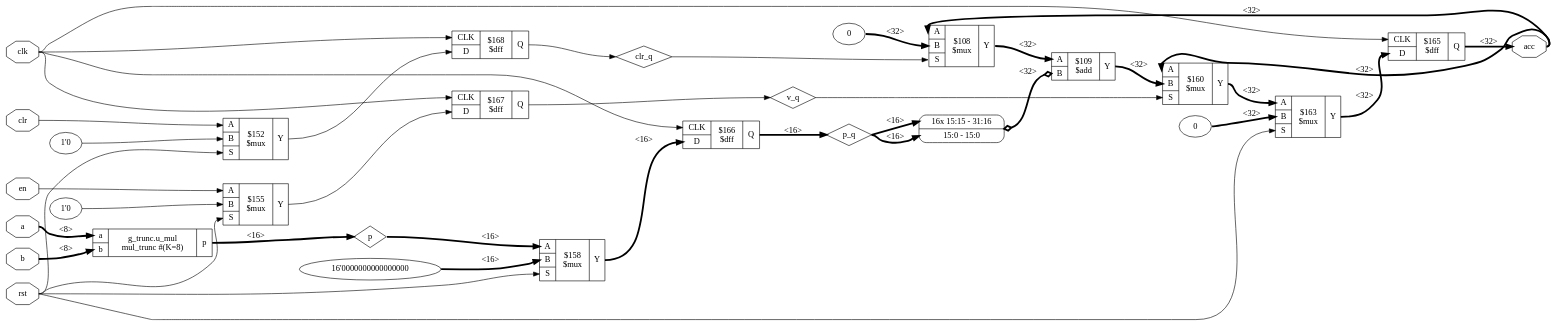
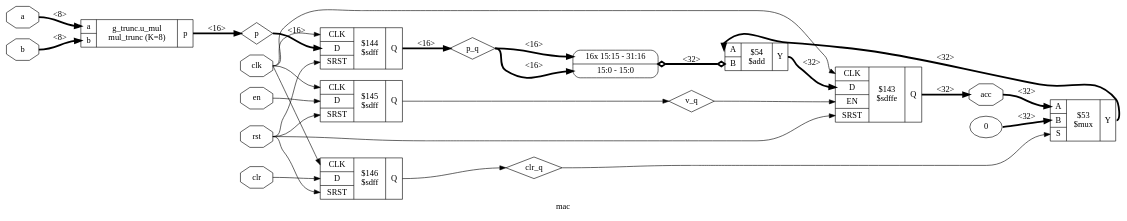
Before and after one commit to GitCodingMates/approx-mac-dnn: the diagram in results/synth/mac_schematic.dot, drawn with Graphviz. The commit also changed 2 other files, not shown here.

Commit message:
Regenerate MAC schematic after flip-flop optimization

```diff
--- a/results/synth/mac_schematic.dot
+++ b/results/synth/mac_schematic.dot
@@ -1,72 +1,52 @@
 digraph "mac" {
+label="mac";
 rankdir="LR";
 remincross=true;
-n8 [ shape=octagon, label="a", color="black", fontcolor="black"];
-n9 [ shape=octagon, label="acc", color="black", fontcolor="black"];
-n10 [ shape=octagon, label="b", color="black", fontcolor="black"];
-n11 [ shape=octagon, label="clk", color="black", fontcolor="black"];
-n12 [ shape=octagon, label="clr", color="black", fontcolor="black"];
-n13 [ shape=diamond, label="clr_q", color="black", fontcolor="black"];
-n14 [ shape=octagon, label="en", color="black", fontcolor="black"];
-n15 [ shape=diamond, label="p", color="black", fontcolor="black"];
-n16 [ shape=diamond, label="p_q", color="black", fontcolor="black"];
-n17 [ shape=octagon, label="rst", color="black", fontcolor="black"];
-n18 [ shape=diamond, label="v_q", color="black", fontcolor="black"];
-{ rank="source"; n10; n11; n12; n14; n17; n8;}
-{ rank="sink"; n9;}
-c22 [ shape=record, label="{{<p19> A|<p20> B}|$109\n$add|{<p21> Y}}",  ];
-x0 [ shape=record, style=rounded, label="<s16> 16x 15:15 - 31:16 |<s0> 15:0 - 15:0 ", color="black", fontcolor="black" ];
-x0:e -> c22:p20:w [arrowhead=odiamond, arrowtail=odiamond, dir=both, color="black", fontcolor="black", style="setlinewidth(3)", label="<32>"];
-c26 [ shape=record, label="{{<p23> CLK|<p24> D}|$165\n$dff|{<p25> Q}}",  ];
-c27 [ shape=record, label="{{<p23> CLK|<p24> D}|$166\n$dff|{<p25> Q}}",  ];
-c28 [ shape=record, label="{{<p23> CLK|<p24> D}|$167\n$dff|{<p25> Q}}",  ];
-c29 [ shape=record, label="{{<p23> CLK|<p24> D}|$168\n$dff|{<p25> Q}}",  ];
-v1 [ label="1'0" ];
-c31 [ shape=record, label="{{<p19> A|<p20> B|<p30> S}|$152\n$mux|{<p21> Y}}",  ];
-v2 [ label="1'0" ];
-c32 [ shape=record, label="{{<p19> A|<p20> B|<p30> S}|$155\n$mux|{<p21> Y}}",  ];
-v3 [ label="16'0000000000000000" ];
-c33 [ shape=record, label="{{<p19> A|<p20> B|<p30> S}|$158\n$mux|{<p21> Y}}",  ];
-c34 [ shape=record, label="{{<p19> A|<p20> B|<p30> S}|$160\n$mux|{<p21> Y}}",  ];
-v4 [ label="0" ];
-c35 [ shape=record, label="{{<p19> A|<p20> B|<p30> S}|$163\n$mux|{<p21> Y}}",  ];
-v5 [ label="0" ];
-c36 [ shape=record, label="{{<p19> A|<p20> B|<p30> S}|$108\n$mux|{<p21> Y}}",  ];
-c37 [ shape=record, label="{{<p8> a|<p10> b}|g_trunc.u_mul\nmul_trunc #(K=8)|{<p15> p}}",  ];
-c35:p21:e -> c26:p24:w [color="black", fontcolor="black", style="setlinewidth(3)", label="<32>"];
-n10:e -> c37:p10:w [color="black", fontcolor="black", style="setlinewidth(3)", label="<8>"];
-n11:e -> c26:p23:w [color="black", fontcolor="black", label=""];
-n11:e -> c27:p23:w [color="black", fontcolor="black", label=""];
-n11:e -> c28:p23:w [color="black", fontcolor="black", label=""];
-n11:e -> c29:p23:w [color="black", fontcolor="black", label=""];
-n12:e -> c31:p19:w [color="black", fontcolor="black", label=""];
-c29:p25:e -> n13:w [color="black", fontcolor="black", label=""];
-n13:e -> c36:p30:w [color="black", fontcolor="black", label=""];
-n14:e -> c32:p19:w [color="black", fontcolor="black", label=""];
-c37:p15:e -> n15:w [color="black", fontcolor="black", style="setlinewidth(3)", label="<16>"];
-n15:e -> c33:p19:w [color="black", fontcolor="black", style="setlinewidth(3)", label="<16>"];
-c27:p25:e -> n16:w [color="black", fontcolor="black", style="setlinewidth(3)", label="<16>"];
-n16:e -> x0:s0:w [color="black", fontcolor="black", style="setlinewidth(3)", label="<16>"];
-n16:e -> x0:s16:w [color="black", fontcolor="black", style="setlinewidth(3)", label="<16>"];
-n17:e -> c31:p30:w [color="black", fontcolor="black", label=""];
-n17:e -> c32:p30:w [color="black", fontcolor="black", label=""];
-n17:e -> c33:p30:w [color="black", fontcolor="black", label=""];
-n17:e -> c35:p30:w [color="black", fontcolor="black", label=""];
-c28:p25:e -> n18:w [color="black", fontcolor="black", label=""];
-n18:e -> c34:p30:w [color="black", fontcolor="black", label=""];
-c31:p21:e -> c29:p24:w [color="black", fontcolor="black", label=""];
-c33:p21:e -> c27:p24:w [color="black", fontcolor="black", style="setlinewidth(3)", label="<16>"];
-c32:p21:e -> c28:p24:w [color="black", fontcolor="black", label=""];
-c22:p21:e -> c34:p20:w [color="black", fontcolor="black", style="setlinewidth(3)", label="<32>"];
-c34:p21:e -> c35:p19:w [color="black", fontcolor="black", style="setlinewidth(3)", label="<32>"];
-c36:p21:e -> c22:p19:w [color="black", fontcolor="black", style="setlinewidth(3)", label="<32>"];
-n8:e -> c37:p8:w [color="black", fontcolor="black", style="setlinewidth(3)", label="<8>"];
-c26:p25:e -> n9:w [color="black", fontcolor="black", style="setlinewidth(3)", label="<32>"];
-n9:e -> c34:p19:w [color="black", fontcolor="black", style="setlinewidth(3)", label="<32>"];
-n9:e -> c36:p19:w [color="black", fontcolor="black", style="setlinewidth(3)", label="<32>"];
-v1:e -> c31:p20:w [color="black", fontcolor="black", label=""];
-v2:e -> c32:p20:w [color="black", fontcolor="black", label=""];
-v3:e -> c33:p20:w [color="black", fontcolor="black", style="setlinewidth(3)", label="<16>"];
-v4:e -> c35:p20:w [color="black", fontcolor="black", style="setlinewidth(3)", label="<32>"];
-v5:e -> c36:p20:w [color="black", fontcolor="black", style="setlinewidth(3)", label="<32>"];
+n1 [ shape=octagon, label="a", color="black", fontcolor="black"];
+n2 [ shape=octagon, label="b", color="black", fontcolor="black"];
+n3 [ shape=octagon, label="acc", color="black", fontcolor="black"];
+n4 [ shape=diamond, label="p", color="black", fontcolor="black"];
+n5 [ shape=diamond, label="p_q", color="black", fontcolor="black"];
+n6 [ shape=diamond, label="v_q", color="black", fontcolor="black"];
+n7 [ shape=diamond, label="clr_q", color="black", fontcolor="black"];
+n8 [ shape=octagon, label="clk", color="black", fontcolor="black"];
+n9 [ shape=octagon, label="rst", color="black", fontcolor="black"];
+n10 [ shape=octagon, label="en", color="black", fontcolor="black"];
+n11 [ shape=octagon, label="clr", color="black", fontcolor="black"];
+c19 [ shape=record, label="{{<p14> CLK|<p15> D|<p16> EN|<p17> SRST}|$143\n$sdffe|{<p18> Q}}",  ];
+c20 [ shape=record, label="{{<p14> CLK|<p15> D|<p17> SRST}|$144\n$sdff|{<p18> Q}}",  ];
+c21 [ shape=record, label="{{<p14> CLK|<p15> D|<p17> SRST}|$145\n$sdff|{<p18> Q}}",  ];
+c22 [ shape=record, label="{{<p14> CLK|<p15> D|<p17> SRST}|$146\n$sdff|{<p18> Q}}",  ];
+v0 [ label="0" ];
+c27 [ shape=record, label="{{<p23> A|<p24> B|<p25> S}|$53\n$mux|{<p26> Y}}",  ];
+c28 [ shape=record, label="{{<p23> A|<p24> B}|$54\n$add|{<p26> Y}}",  ];
+x1 [ shape=record, style=rounded, label="<s16> 16x 15:15 - 31:16 |<s0> 15:0 - 15:0 ", color="black", fontcolor="black" ];
+x1:e -> c28:p24:w [arrowhead=odiamond, arrowtail=odiamond, dir=both, color="black", fontcolor="black", style="setlinewidth(3)", label="<32>"];
+c29 [ shape=record, label="{{<p1> a|<p2> b}|g_trunc.u_mul\nmul_trunc (K=8)|{<p4> p}}",  ];
+n1:e -> c29:p1:w [color="black", fontcolor="black", style="setlinewidth(3)", label="<8>"];
+n10:e -> c21:p15:w [color="black", fontcolor="black", label=""];
+n11:e -> c22:p15:w [color="black", fontcolor="black", label=""];
+c27:p26:e -> c28:p23:w [color="black", fontcolor="black", style="setlinewidth(3)", label="<32>"];
+c28:p26:e -> c19:p15:w [color="black", fontcolor="black", style="setlinewidth(3)", label="<32>"];
+n2:e -> c29:p2:w [color="black", fontcolor="black", style="setlinewidth(3)", label="<8>"];
+c19:p18:e -> n3:w [color="black", fontcolor="black", style="setlinewidth(3)", label="<32>"];
+n3:e -> c27:p23:w [color="black", fontcolor="black", style="setlinewidth(3)", label="<32>"];
+c29:p4:e -> n4:w [color="black", fontcolor="black", style="setlinewidth(3)", label="<16>"];
+n4:e -> c20:p15:w [color="black", fontcolor="black", style="setlinewidth(3)", label="<16>"];
+c20:p18:e -> n5:w [color="black", fontcolor="black", style="setlinewidth(3)", label="<16>"];
+n5:e -> x1:s0:w [color="black", fontcolor="black", style="setlinewidth(3)", label="<16>"];
+n5:e -> x1:s16:w [color="black", fontcolor="black", style="setlinewidth(3)", label="<16>"];
+c21:p18:e -> n6:w [color="black", fontcolor="black", label=""];
+n6:e -> c19:p16:w [color="black", fontcolor="black", label=""];
+c22:p18:e -> n7:w [color="black", fontcolor="black", label=""];
+n7:e -> c27:p25:w [color="black", fontcolor="black", label=""];
+n8:e -> c19:p14:w [color="black", fontcolor="black", label=""];
+n8:e -> c20:p14:w [color="black", fontcolor="black", label=""];
+n8:e -> c21:p14:w [color="black", fontcolor="black", label=""];
+n8:e -> c22:p14:w [color="black", fontcolor="black", label=""];
+n9:e -> c19:p17:w [color="black", fontcolor="black", label=""];
+n9:e -> c20:p17:w [color="black", fontcolor="black", label=""];
+n9:e -> c21:p17:w [color="black", fontcolor="black", label=""];
+n9:e -> c22:p17:w [color="black", fontcolor="black", label=""];
+v0:e -> c27:p24:w [color="black", fontcolor="black", style="setlinewidth(3)", label="<32>"];
 }
```
